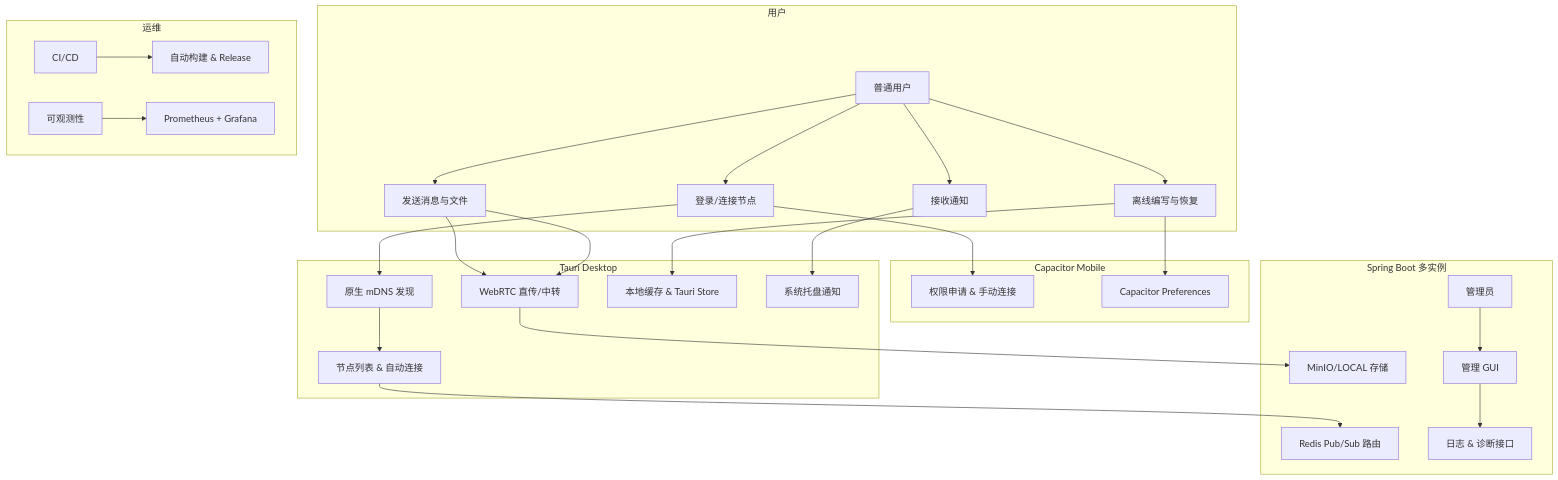
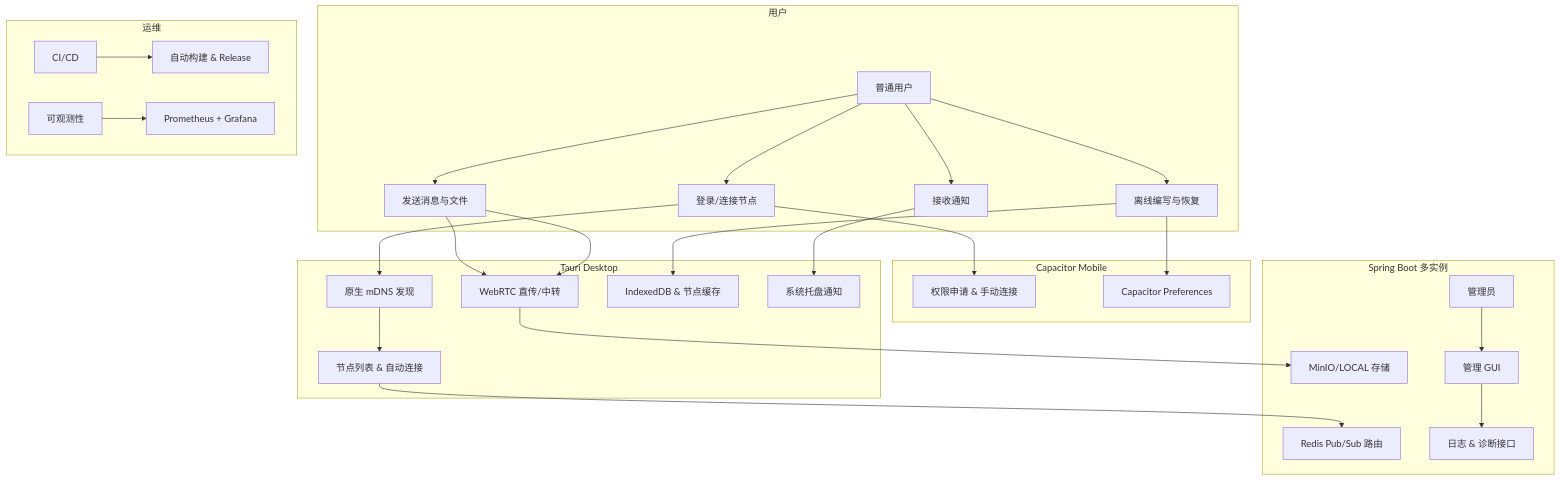
Before and after one commit to Atti-20/lan-chat: the diagram in PRD/v3/LANChat_v3.0_PRD.md, drawn with Mermaid. The commit also changed other lines of this file and 67 other files, not shown here.

````diff
--- a/PRD/v3/LANChat_v3.0_PRD.md
+++ b/PRD/v3/LANChat_v3.0_PRD.md
@@ -70,35 +72,35 @@
 ```mermaid
 flowchart TD
     subgraph 用户
         A[普通用户] --> B[登录/连接节点]
         A --> C[发送消息与文件]
         A --> D[离线编写与恢复]
         A --> E[接收通知]
     end
 
     subgraph 桌面客户端[Tauri Desktop]
         B --> F[原生 mDNS 发现]
         F --> G[节点列表 & 自动连接]
         C --> H[WebRTC 直传/中转]
-        D --> I[本地缓存 & Tauri Store]
+        D --> I[IndexedDB & 节点缓存]
         E --> J[系统托盘通知]
     end
 
     subgraph 移动客户端[Capacitor Mobile]
         B --> K[权限申请 & 手动连接]
         C --> H
         D --> L[Capacitor Preferences]
     end
 
     subgraph 服务端[Spring Boot 多实例]
         G --> M[Redis Pub/Sub 路由]
         H --> N[MinIO/LOCAL 存储]
         O[管理员] --> P[管理 GUI]
         P --> Q[日志 & 诊断接口]
     end
 
     subgraph 运维
         R[CI/CD] --> S[自动构建 & Release]
         T[可观测性] --> U[Prometheus + Grafana]
     end
 ```
````
